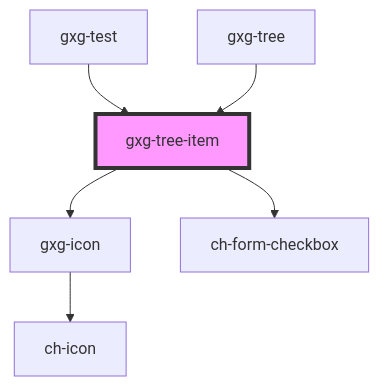
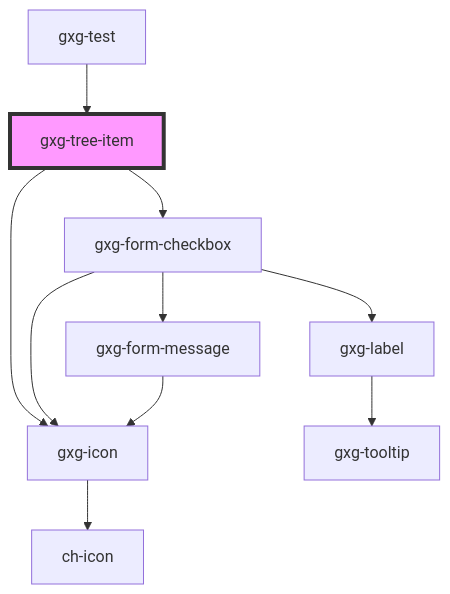
One commit to genexuslabs/gemini changed the diagram in src/components/tree-item/readme.md. Above: the diagram before and after it, drawn with Mermaid. The commit also changed other lines of this file and 12 other files, not shown here.

Commit message:
update tree and tree-item

````diff
--- a/src/components/tree-item/readme.md
+++ b/src/components/tree-item/readme.md
@@ -76,9 +60,13 @@
 ```mermaid
 graph TD;
   gxg-tree-item --> gxg-icon
-  gxg-tree-item --> ch-form-checkbox
+  gxg-tree-item --> gxg-form-checkbox
   gxg-icon --> ch-icon
+  gxg-form-checkbox --> gxg-icon
+  gxg-form-checkbox --> gxg-label
+  gxg-form-checkbox --> gxg-form-message
+  gxg-label --> gxg-tooltip
+  gxg-form-message --> gxg-icon
   gxg-test --> gxg-tree-item
-  gxg-tree --> gxg-tree-item
   style gxg-tree-item fill:#f9f,stroke:#333,stroke-width:4px
 ```
````
